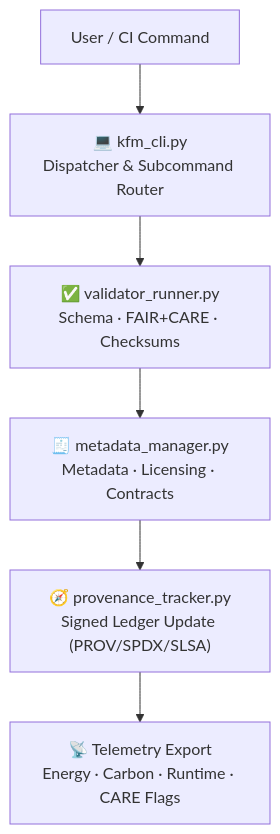
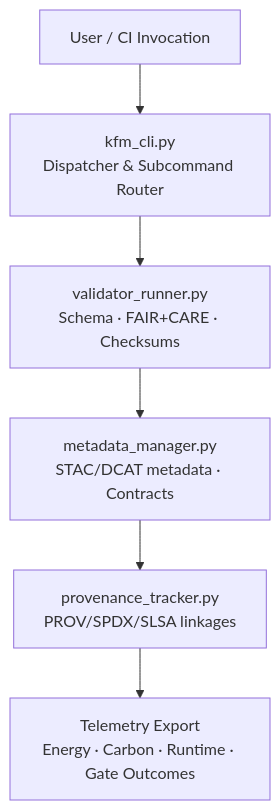
The diagram in tools/cli/README.md (bartytime4life/Kansas-Frontier-Matrix), drawn with Mermaid before and after one commit. The commit also changed other lines of this file, not shown here.

````diff
--- a/tools/cli/README.md
+++ b/tools/cli/README.md
@@ -150,8 +158,9 @@
-```mermaid
+~~~mermaid
 flowchart TD
-    A["User / CI Command"] --> B["💻 kfm_cli.py\nDispatcher & Subcommand Router"]
-    B --> C["✅ validator_runner.py\nSchema · FAIR+CARE · Checksums"]
-    C --> D["🧾 metadata_manager.py\nMetadata · Licensing · Contracts"]
-    D --> E["🧭 provenance_tracker.py\nSigned Ledger Update (PROV/SPDX/SLSA)"]
-    E --> F["📡 Telemetry Export\nEnergy · Carbon · Runtime · CARE Flags"]
-```
+  A["User / CI Invocation"]
+    --> B["kfm_cli.py<br/>Dispatcher & Subcommand Router"]
+  B --> C["validator_runner.py<br/>Schema · FAIR+CARE · Checksums"]
+  C --> D["metadata_manager.py<br/>STAC/DCAT metadata · Contracts"]
+  D --> E["provenance_tracker.py<br/>PROV/SPDX/SLSA linkages"]
+  E --> F["Telemetry Export<br/>Energy · Carbon · Runtime · Gate Outcomes"]
+~~~
````
